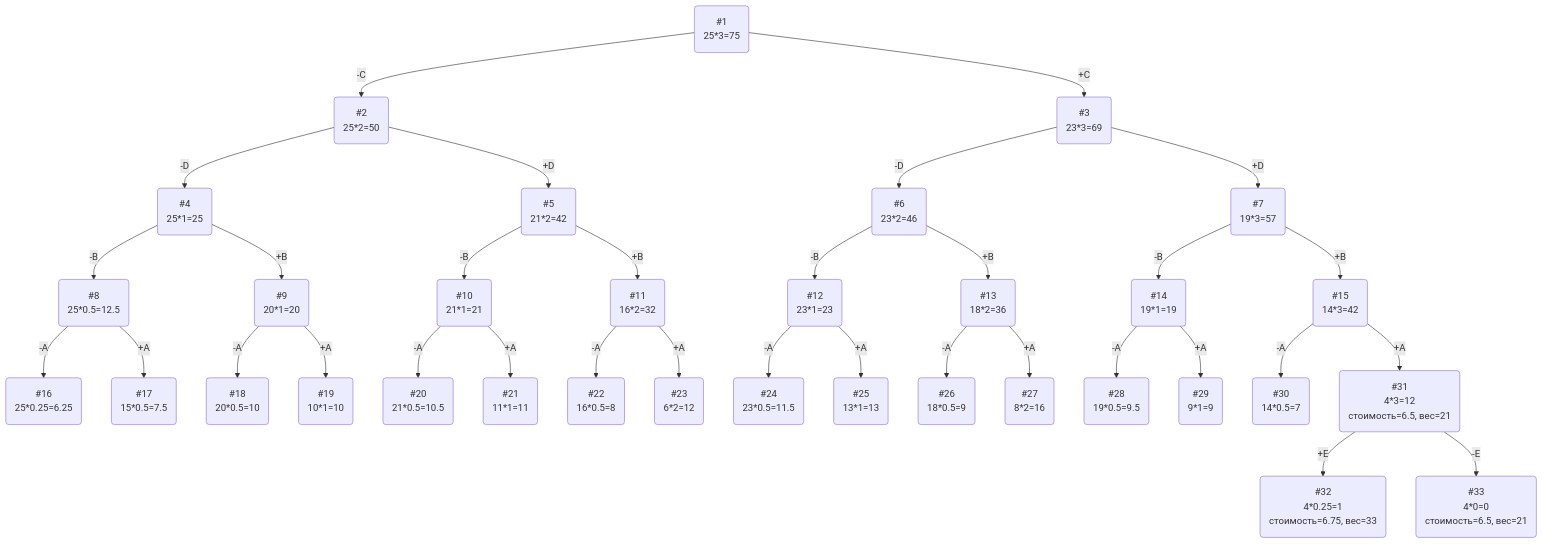
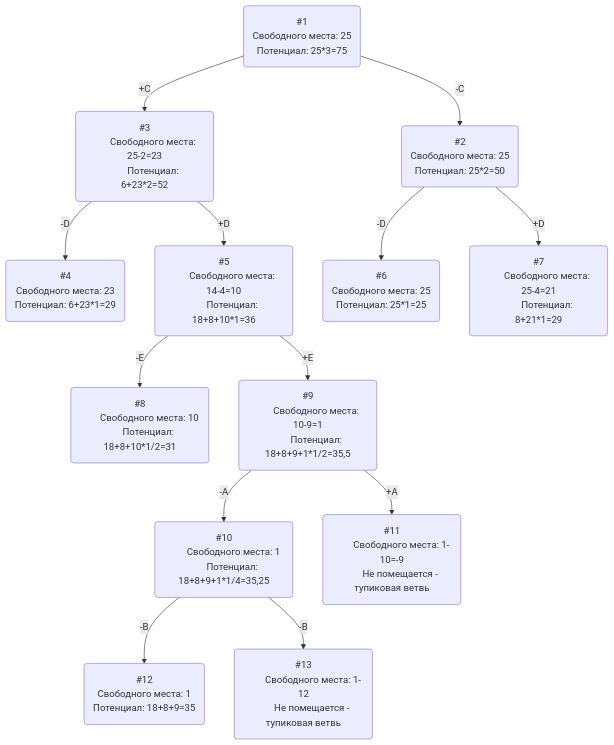
Before and after one commit to hse-algo-24-raven/manual-tasks-raven: the diagram in task-11/pustobek.md, drawn with Mermaid.

````diff
--- a/task-11/pustobek.md
+++ b/task-11/pustobek.md
@@ -42,35 +42,51 @@
 ```mermaid
 graph TB
-    1(#1\n25*3=75)-->|-C|2(#2\n25*2=50)
-    1-->|+C|3(#3\n23*3=69)
-    2-->|-D|4(#4\n25*1=25)
-    2-->|+D|5(#5\n21*2=42)
-    3-->|-D|6(#6\n23*2=46)
-    3-->|+D|7(#7\n19*3=57)
-    4-->|-B|8(#8\n25*0.5=12.5)
-    4-->|+B|9(#9\n20*1=20)
-    5-->|-B|10(#10\n21*1=21)
-    5-->|+B|11(#11\n16*2=32)
-    6-->|-B|12(#12\n23*1=23)
-    6-->|+B|13(#13\n18*2=36)
-    7-->|-B|14(#14\n19*1=19)
-    7-->|+B|15(#15\n14*3=42)
-    8-->|-A|16(#16\n25*0.25=6.25)
-    8-->|+A|17(#17\n15*0.5=7.5)
-    9-->|-A|18(#18\n20*0.5=10)
-    9-->|+A|19(#19\n10*1=10)
-    10-->|-A|20(#20\n21*0.5=10.5)
-    10-->|+A|21(#21\n11*1=11)
-    11-->|-A|22(#22\n16*0.5=8)
-    11-->|+A|23(#23\n6*2=12)
-    12-->|-A|24(#24\n23*0.5=11.5)
-    12-->|+A|25(#25\n13*1=13)
-    13-->|-A|26(#26\n18*0.5=9)
-    13-->|+A|27(#27\n8*2=16)
-    14-->|-A|28(#28\n19*0.5=9.5)
-    14-->|+A|29(#29\n9*1=9)
-    15-->|-A|30(#30\n14*0.5=7)
-    15-->|+A|31(#31\n4*3=12\nстоимость=6.5, вес=21)
-    31-->|+E|32(#32\n4*0.25=1\nстоимость=6.75, вес=33)
-    31-->|-E|33(#33\n4*0=0\nстоимость=6.5, вес=21)
+    1(#1
+        Свободного места: 25
+        Потенциал: 25*3=75)--> |-C|2(#2
+                        Свободного места: 25
+                        Потенциал: 25*2=50)
+    1-->|+C|3(#3
+        Свободного места: 25-2=23
+        Потенциал: 6+23*2=52)
+    
+    3-->|-D|4(#4
+        Свободного места: 23
+        Потенциал: 6+23*1=29)
+
+    3-->|+D|5(#5
+        Свободного места: 14-4=10
+        Потенциал: 18+8+10*1=36)
+
+    2-->|-D|6(#6
+        Свободного места: 25
+        Потенциал: 25*1=25)
+
+    2-->|+D|7(#7
+        Свободного места: 25-4=21
+        Потенциал: 8+21*1=29)
+
+    5-->|-E|8(#8
+        Свободного места: 10
+        Потенциал: 18+8+10*1/2=31)
+
+    5-->|+E|9(#9
+        Свободного места: 10-9=1
+        Потенциал: 18+8+9+1*1/2=35,5)
+
+    9-->|-A|10(#10
+        Свободного места: 1
+        Потенциал: 18+8+9+1*1/4=35,25)
+
+    9-->|+A|11(#11
+        Свободного места: 1-10=-9
+        Не помещается - тупиковая ветвь)
+
+    10-->|-B|12(#12
+        Свободного места: 1
+        Потенциал: 18+8+9=35)
+
+    10-->|-B|13(#13
+        Свободного места: 1-12
+        Не помещается - тупиковая ветвь)
 ```
````
